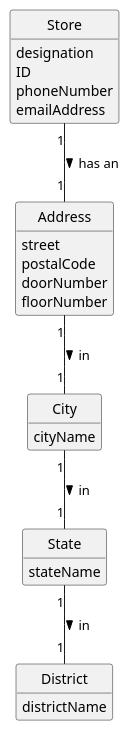
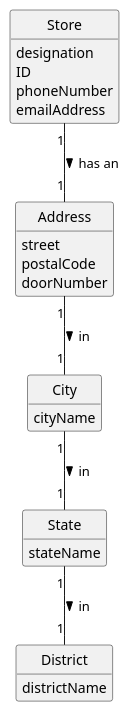
Before and after one commit to 1220812/LAPR2: the diagram in docs/sprintB/us005/02.analysis/puml/us005-domain-model.puml, drawn with PlantUML. The commit also changed 1 other file, not shown here.

Commit message:
Altered a detail in domain model and System sequence diagram alternative one- US5

```diff
--- a/docs/sprintB/us005/02.analysis/puml/us005-domain-model.puml
+++ b/docs/sprintB/us005/02.analysis/puml/us005-domain-model.puml
@@ -1,44 +1,43 @@
 @startuml
 skinparam monochrome true
 skinparam packageStyle rectangle
 skinparam shadowing false
 
 'left to right direction
 
 skinparam classAttributeIconSize 0
 
 hide circle
 hide methods
 
 class Store {
     designation
     ID
     phoneNumber
     emailAddress
 }
 
 class State {
     stateName
 }
 
 class District {
     districtName
 }
 
 class City {
     cityName
 }
 
 class Address {
     street
     postalCode
     doorNumber
-    floorNumber
 }
 
 Address "1" -- "1" City : in >
 City "1" -- "1" State : in >
 State "1" -- "1" District : in >
 Store "1" -- "1" Address : has an >
 
 @enduml
```
